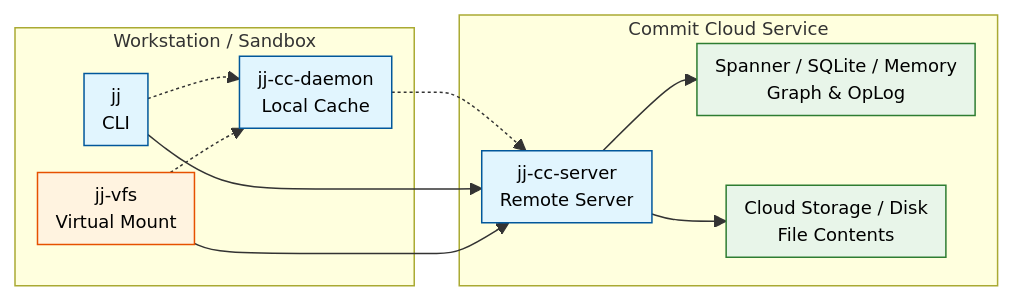
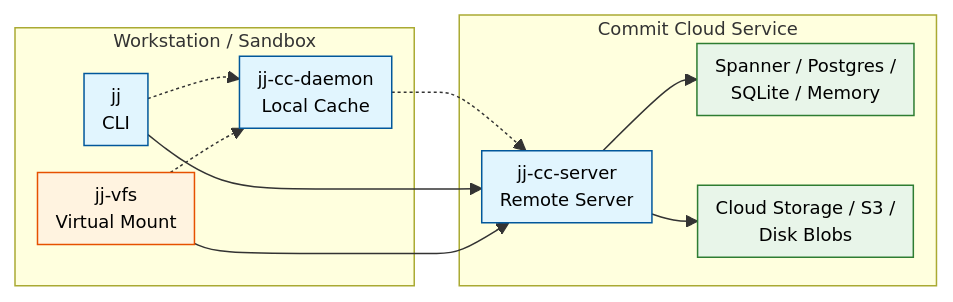
One commit to jj-vcs/jj-commit-cloud changed the diagram in README.md. Above: the diagram before and after it, drawn with Mermaid. The commit also changed other lines of this file and 41 other files, not shown here.

````diff
--- a/README.md
+++ b/README.md
@@ -20,27 +20,27 @@
 ```mermaid
 %%{init: {"themeVariables": {"fontSize": "12px"}, "flowchart": {"nodeSpacing": 18, "rankSpacing": 30, "padding": 6, "diagramPadding": 8}}}%%
 flowchart LR
     classDef proc fill:#e1f5fe,stroke:#01579b,color:#000;
     classDef surface fill:#fff3e0,stroke:#e65100,color:#000;
     classDef storage fill:#e8f5e9,stroke:#2e7d32,color:#000;
 
     subgraph Workstation["Workstation / Sandbox"]
         Cli["jj<br/>CLI"]:::proc
         Vfs["jj-vfs<br/>Virtual Mount"]:::surface
         Daemon["jj-cc-daemon<br/>Local Cache"]:::proc
     end
 
     subgraph Cloud["Commit Cloud Service"]
         Server["jj-cc-server<br/>Remote Server"]:::proc
-        Db["Spanner / SQLite / Memory<br/>Graph & OpLog"]:::storage
-        Obj["Cloud Storage / Disk<br/>File Contents"]:::storage
+        Db["Spanner / Postgres /<br/>SQLite / Memory"]:::storage
+        Obj["Cloud Storage / S3 /<br/>Disk Blobs"]:::storage
     end
 
     Cli -.-> Daemon
     Vfs -.-> Daemon
     Daemon -.-> Server
     Cli --> Server
     Vfs --> Server
     Server --> Db
     Server --> Obj
 ```
````
